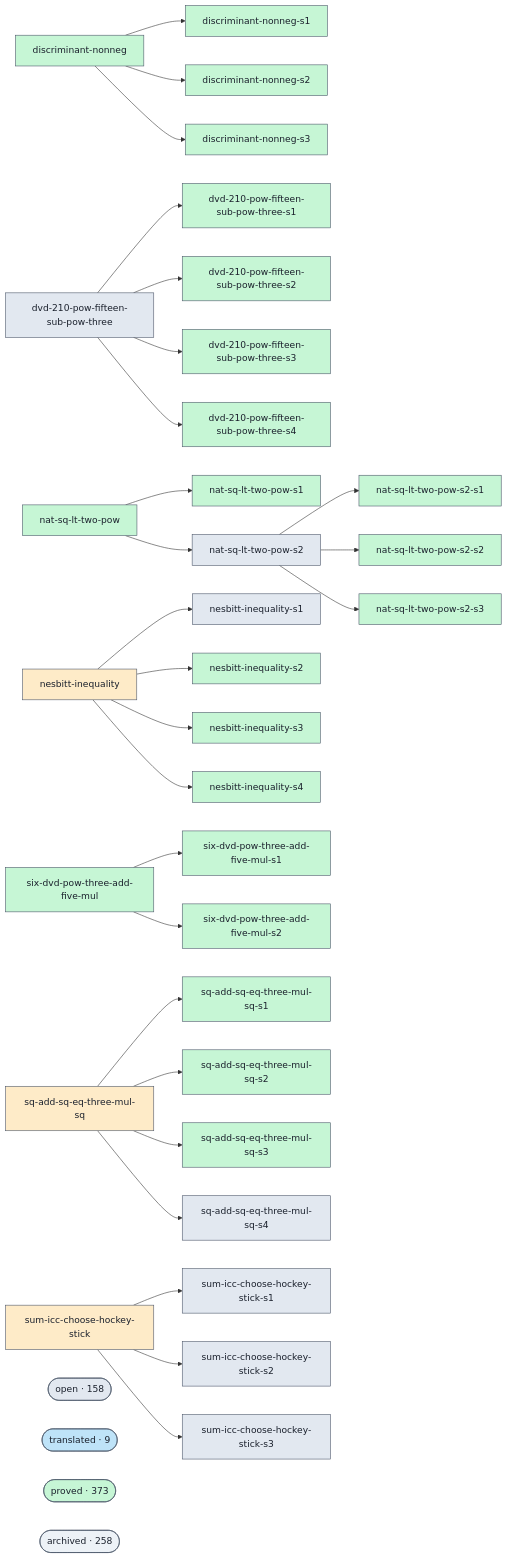
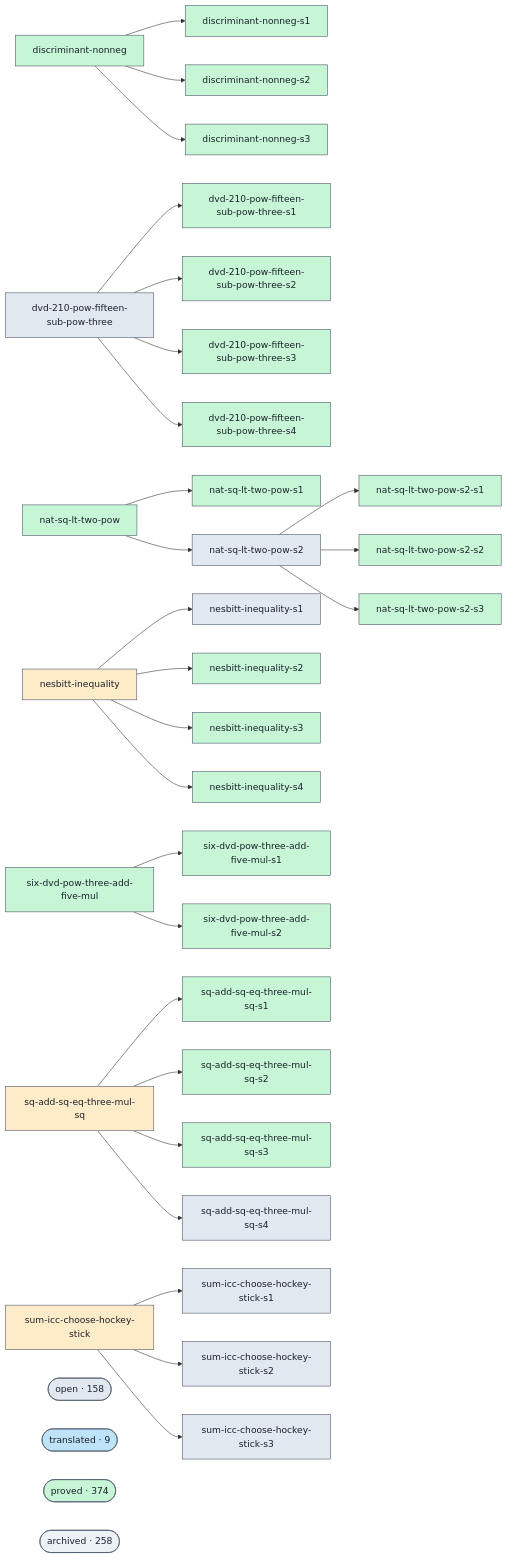
The diagram in docs/proofs-contributors-visualisation.md (ohdearquant/unsorry), drawn with Mermaid before and after one commit. The commit also changed other lines of this file and 2 other files, not shown here.

```diff
--- a/docs/proofs-contributors-visualisation.md
+++ b/docs/proofs-contributors-visualisation.md
@@ -147,7 +147,7 @@
   class cluster_open open;
   cluster_translated(["translated · 9"])
   class cluster_translated translated;
-  cluster_proved(["proved · 373"])
+  cluster_proved(["proved · 374"])
   class cluster_proved proved;
   cluster_archived(["archived · 258"])
   class cluster_archived unknown;
```
